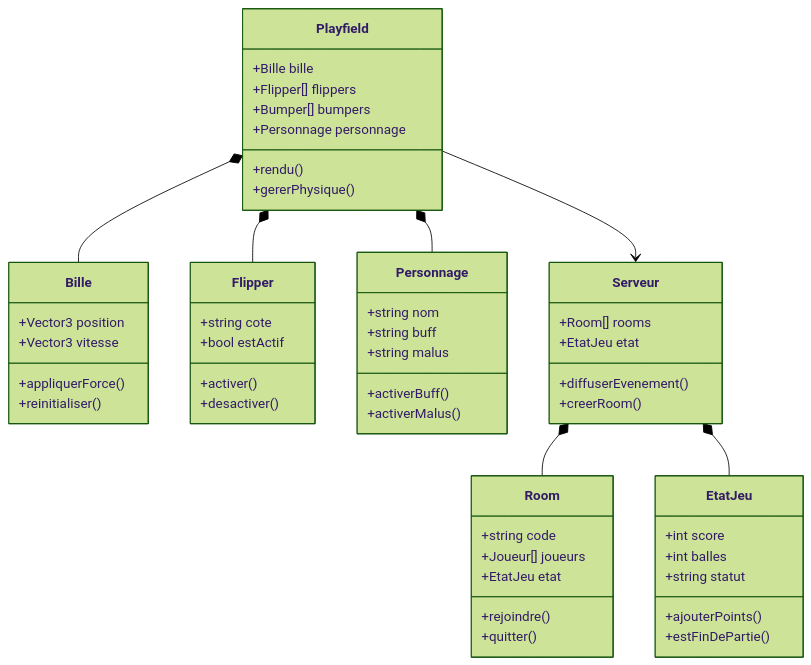
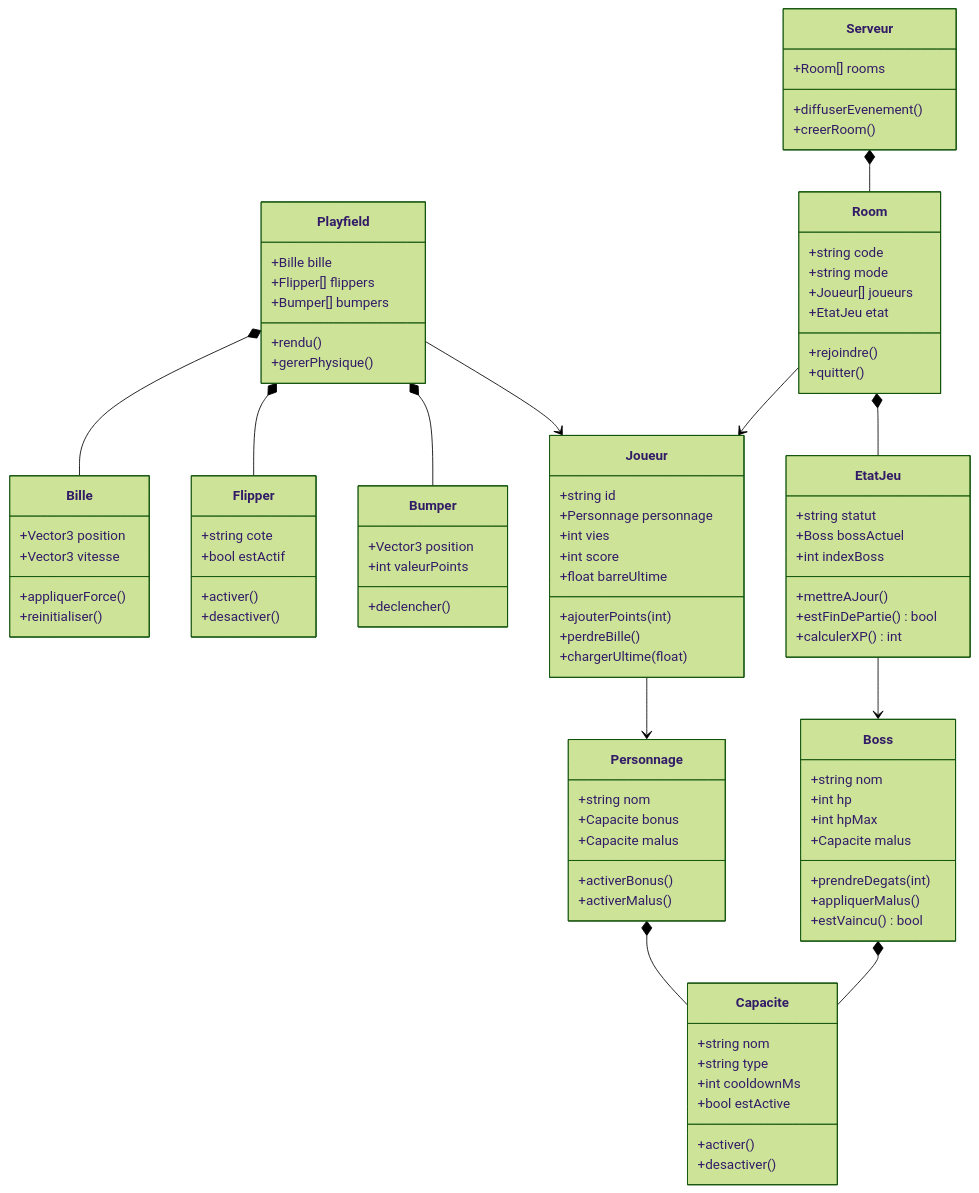
Before and after one commit to FlipGame-Hetic/product: the diagram in uml/class-diagram.mmd, drawn with Mermaid (forest theme).

Commit message:
improve/class-diagram

```diff
--- a/uml/class-diagram.mmd
+++ b/uml/class-diagram.mmd
@@ -1,63 +1,104 @@
 classDiagram
     class Playfield {
         +Bille bille
         +Flipper[] flippers
         +Bumper[] bumpers
-        +Personnage personnage
         +rendu()
         +gererPhysique()
     }
 
     class Bille {
         +Vector3 position
         +Vector3 vitesse
         +appliquerForce()
         +reinitialiser()
     }
 
     class Flipper {
         +string cote
         +bool estActif
         +activer()
         +desactiver()
     }
 
+    class Bumper {
+        +Vector3 position
+        +int valeurPoints
+        +declencher()
+    }
+
+    class Capacite {
+        +string nom
+        +string type
+        +int cooldownMs
+        +bool estActive
+        +activer()
+        +desactiver()
+    }
+
     class Personnage {
         +string nom
-        +string buff
-        +string malus
-        +activerBuff()
+        +Capacite bonus
+        +Capacite malus
+        +activerBonus()
         +activerMalus()
+    }
+
+    class Boss {
+        +string nom
+        +int hp
+        +int hpMax
+        +Capacite malus
+        +prendreDegats(int)
+        +appliquerMalus()
+        +estVaincu() bool
+    }
+
+    class Joueur {
+        +string id
+        +Personnage personnage
+        +int vies
+        +int score
+        +float barreUltime
+        +ajouterPoints(int)
+        +perdreBille()
+        +chargerUltime(float)
     }
 
     class Serveur {
         +Room[] rooms
-        +EtatJeu etat
         +diffuserEvenement()
         +creerRoom()
     }
 
     class Room {
         +string code
+        +string mode
         +Joueur[] joueurs
         +EtatJeu etat
         +rejoindre()
         +quitter()
     }
 
     class EtatJeu {
-        +int score
-        +int balles
         +string statut
-        +ajouterPoints()
-        +estFinDePartie()
+        +Boss bossActuel
+        +int indexBoss
+        +mettreAJour()
+        +estFinDePartie() bool
+        +calculerXP() int
     }
 
     Playfield *-- Bille
     Playfield *-- Flipper
-    Playfield *-- Personnage
-    Playfield --> Serveur
+    Playfield *-- Bumper
+    Playfield --> Joueur
+    Joueur --> Personnage
+    Personnage *-- Capacite
+    Boss *-- Capacite
     Serveur *-- Room
-    Serveur *-- EtatJeu
+    Room *-- EtatJeu
+    Room --> Joueur
+    EtatJeu --> Boss
 
-%%  Alexis Gontier - v1.0.0 - 17/02/26
+%%  Alexis Gontier - v1.1.0 - 23/02/26
```
